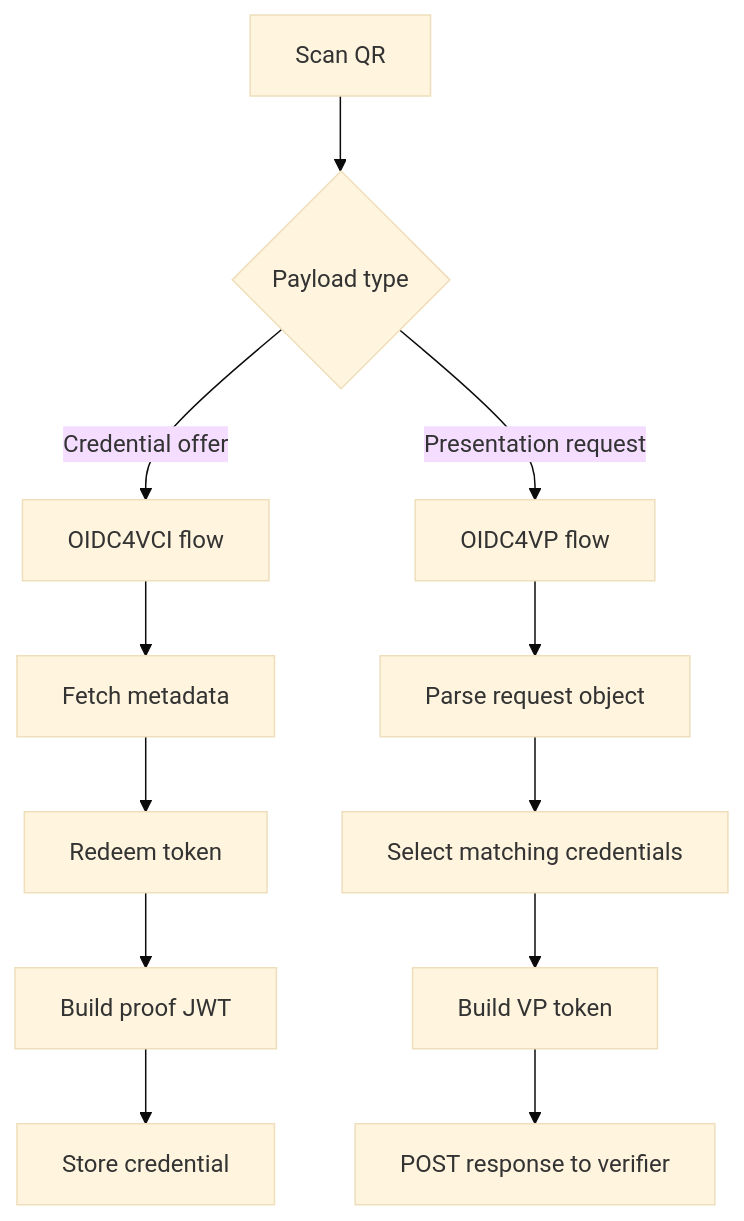
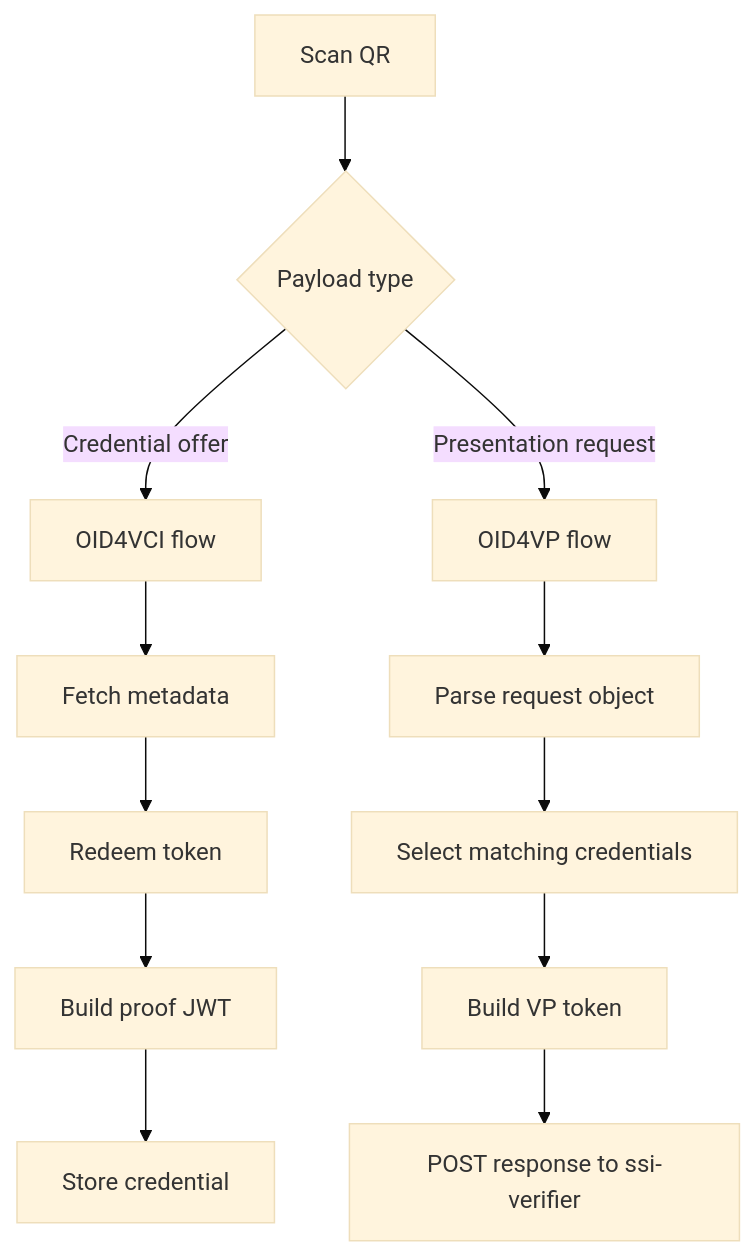
The eighth of 8 diagrams in README.md (gcassata74/ssi-ecosystem), drawn with Mermaid (base theme) before and after one commit. The commit also changed other lines of this file and 216 other files, not shown here.

First line of the commit message:
Refactor mono-platform into ssi-issuer and ssi-verifier, add ssi-common; update README and docker-compose

````diff
--- a/README.md
+++ b/README.md
@@ -666,14 +476,14 @@
 ```mermaid
 flowchart TD
     A[Scan QR] --> B{Payload type}
-    B -->|Credential offer| C[OIDC4VCI flow]
-    B -->|Presentation request| D[OIDC4VP flow]
+    B -->|Credential offer| C[OID4VCI flow]
+    B -->|Presentation request| D[OID4VP flow]
     C --> E[Fetch metadata]
     E --> F[Redeem token]
     F --> G[Build proof JWT]
     G --> H[Store credential]
     D --> I[Parse request object]
     I --> J[Select matching credentials]
     J --> K[Build VP token]
-    K --> L[POST response to verifier]
+    K --> L[POST response to ssi-verifier]
 ```
````
